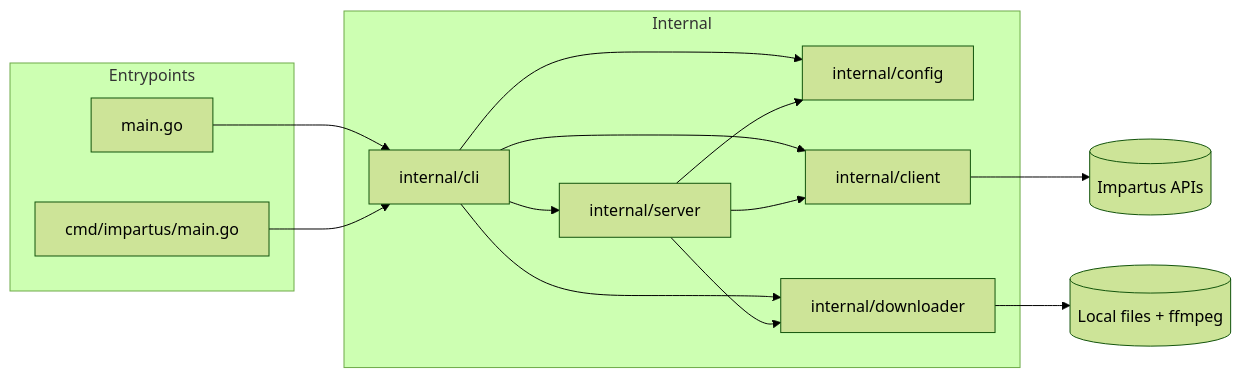
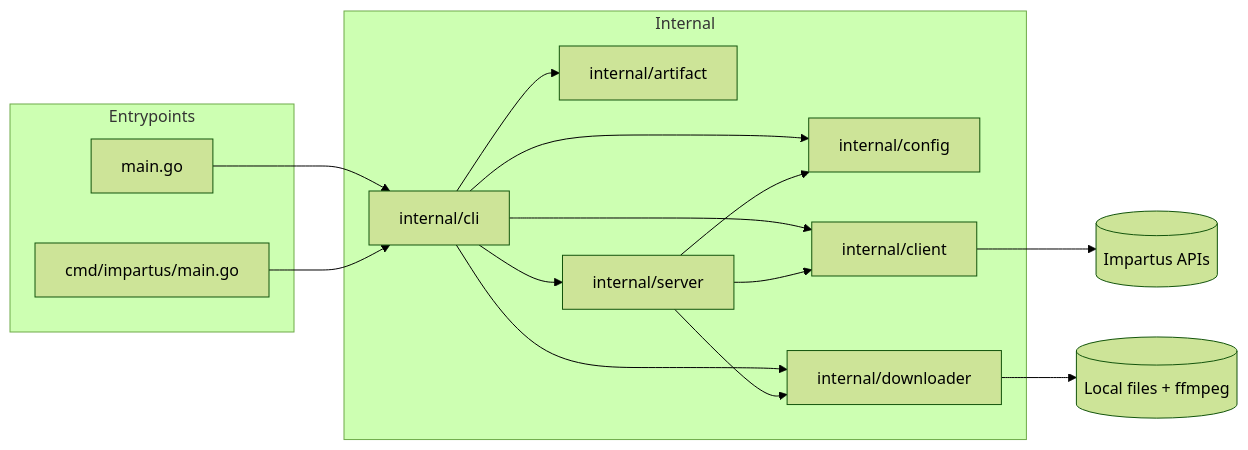
One commit to rabesss/impartus-cli changed the fifth of 5 diagrams in docs/architecture.md. Above: the diagram before and after it, drawn with Mermaid (forest theme). The commit also changed other lines of this file and 9 other files, not shown here.

Commit message:
feat(cli): add stable download artifact manifest v1

````diff
--- a/docs/architecture.md
+++ b/docs/architecture.md
@@ -124,30 +127,32 @@
 ```mermaid
 flowchart LR
   subgraph Entrypoints
     M1[main.go]
     M2[cmd/impartus/main.go]
   end
 
   subgraph Internal
     CLI[internal/cli]
     CFG[internal/config]
     CLT[internal/client]
     DL[internal/downloader]
+    ART[internal/artifact]
     SRV[internal/server]
   end
 
   IMP[(Impartus APIs)]
   FS[(Local files + ffmpeg)]
 
   M1 --> CLI
   M2 --> CLI
   CLI --> CFG
   CLI --> CLT
   CLI --> DL
+  CLI --> ART
   CLI --> SRV
   SRV --> CFG
   SRV --> CLT
   SRV --> DL
   CLT --> IMP
   DL --> FS
 ```
````
